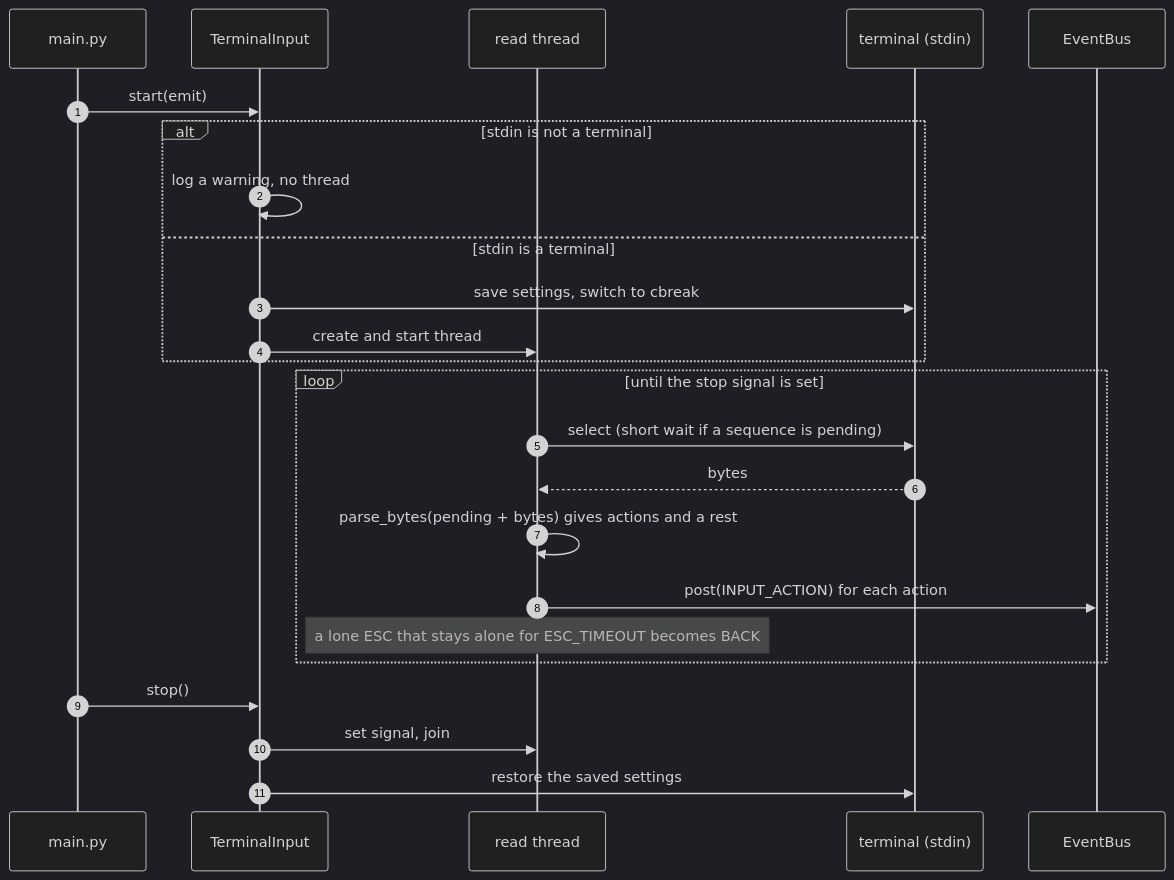
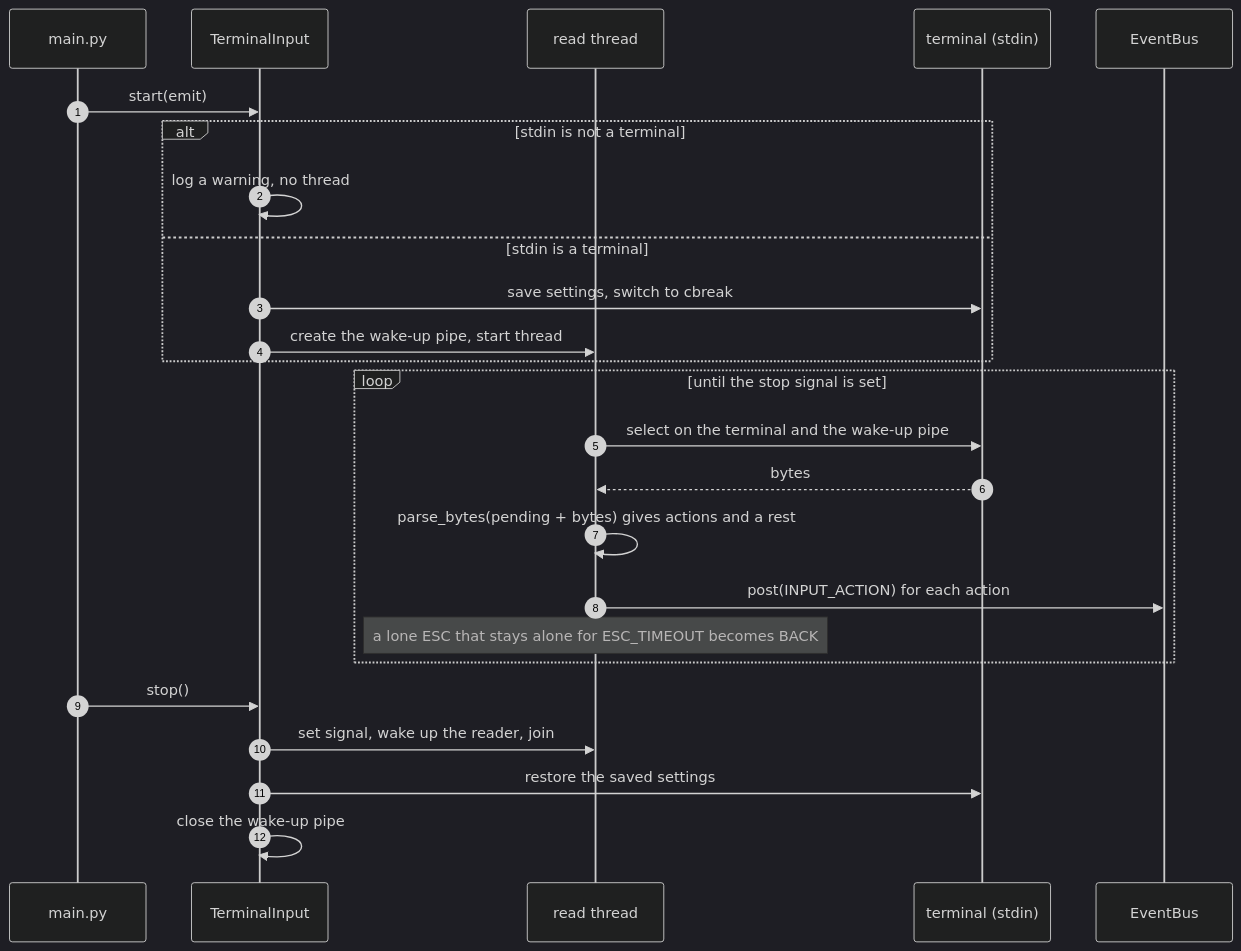
Before and after one commit to A-Dann/Antonino-TuttoFare_PI3bplus: the fifth of 5 diagrams in docs/architecture.md, drawn with Mermaid (dark theme). The commit also changed other lines of this file, not shown here.

Commit message:
docs: describe WakeUp, the initial screen, StateChanged and immutable screens

````diff
--- a/docs/architecture.md
+++ b/docs/architecture.md
@@ -151,27 +189,28 @@
 ```mermaid
 sequenceDiagram
     autonumber
     participant Main as main.py
     participant Term as TerminalInput
     participant Reader as read thread
     participant Tty as terminal (stdin)
     participant Bus as EventBus
- 
+
     Main->>Term: start(emit)
     alt stdin is not a terminal
         Term->>Term: log a warning, no thread
     else stdin is a terminal
         Term->>Tty: save settings, switch to cbreak
-        Term->>Reader: create and start thread
+        Term->>Reader: create the wake-up pipe, start thread
     end
     loop until the stop signal is set
-        Reader->>Tty: select (short wait if a sequence is pending)
+        Reader->>Tty: select on the terminal and the wake-up pipe
         Tty-->>Reader: bytes
         Reader->>Reader: parse_bytes(pending + bytes) gives actions and a rest
         Reader->>Bus: post(INPUT_ACTION) for each action
         Note over Reader: a lone ESC that stays alone for ESC_TIMEOUT becomes BACK
     end
     Main->>Term: stop()
-    Term->>Reader: set signal, join
+    Term->>Reader: set signal, wake up the reader, join
     Term->>Tty: restore the saved settings
+    Term->>Term: close the wake-up pipe
 ```
````
